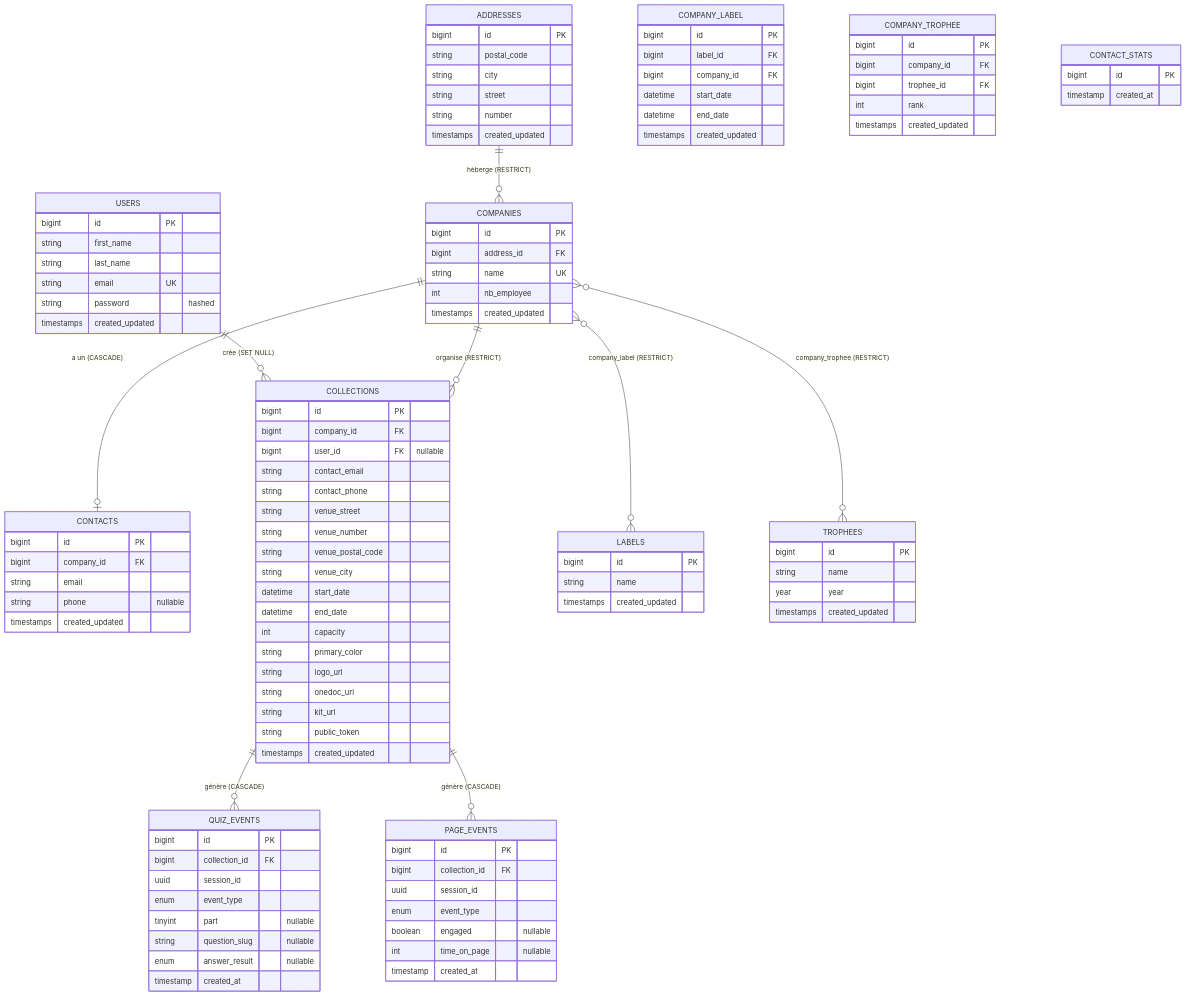
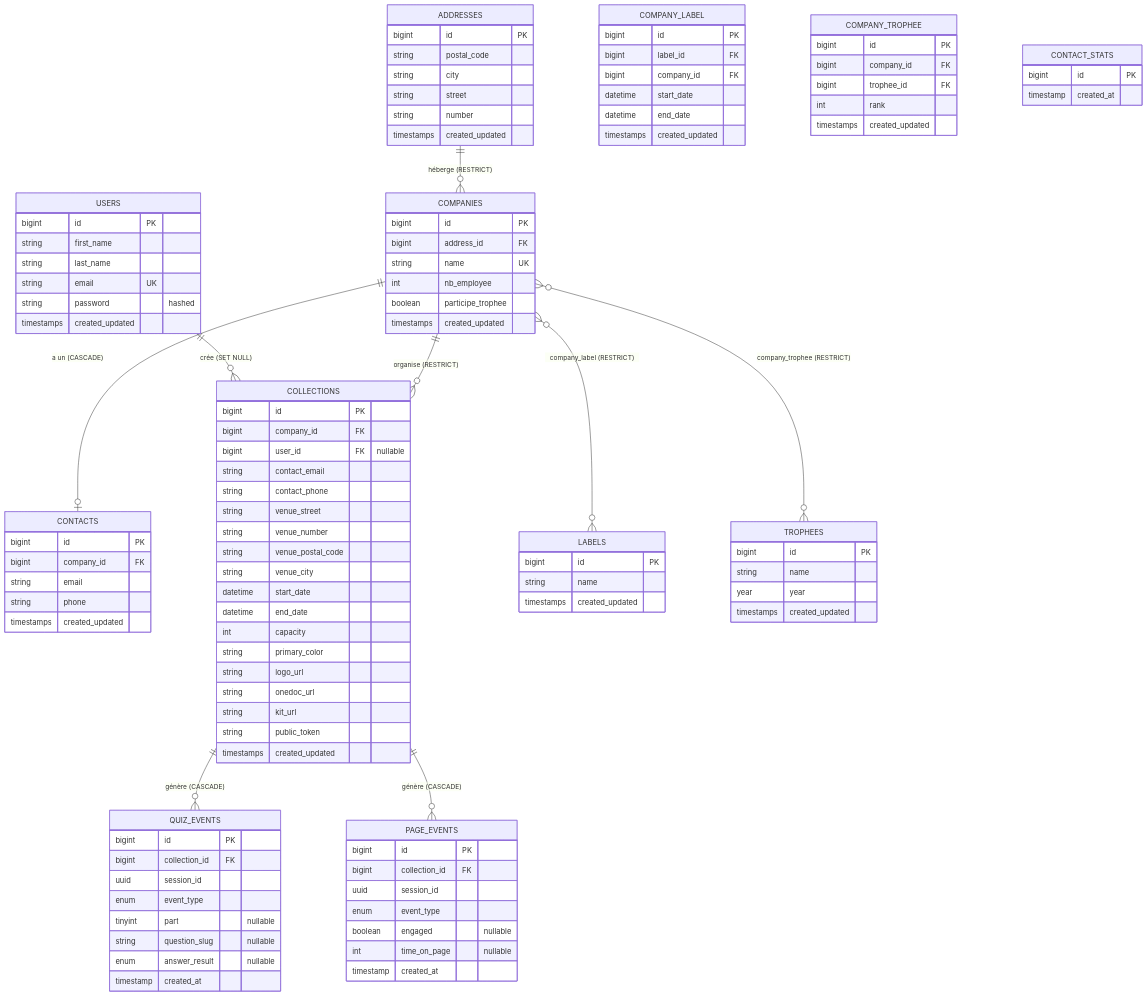
The diagram in project/rapport-technique.md (Keedjud/Groupe-2---Ligtile), drawn with Mermaid before and after one commit. The commit also changed other lines of this file, not shown here.

Commit message:
fix(rapport-technique): update companies model to include participe_trophee and make phone mandatory

```diff
--- a/project/rapport-technique.md
+++ b/project/rapport-technique.md
@@ -91,6 +91,7 @@
         bigint address_id FK
         string name UK
         int nb_employee
+        boolean participe_trophee
         timestamps created_updated
     }
 
@@ -98,7 +99,7 @@
         bigint id PK
         bigint company_id FK
         string email
-        string phone "nullable"
+        string phone
         timestamps created_updated
     }
 
```
